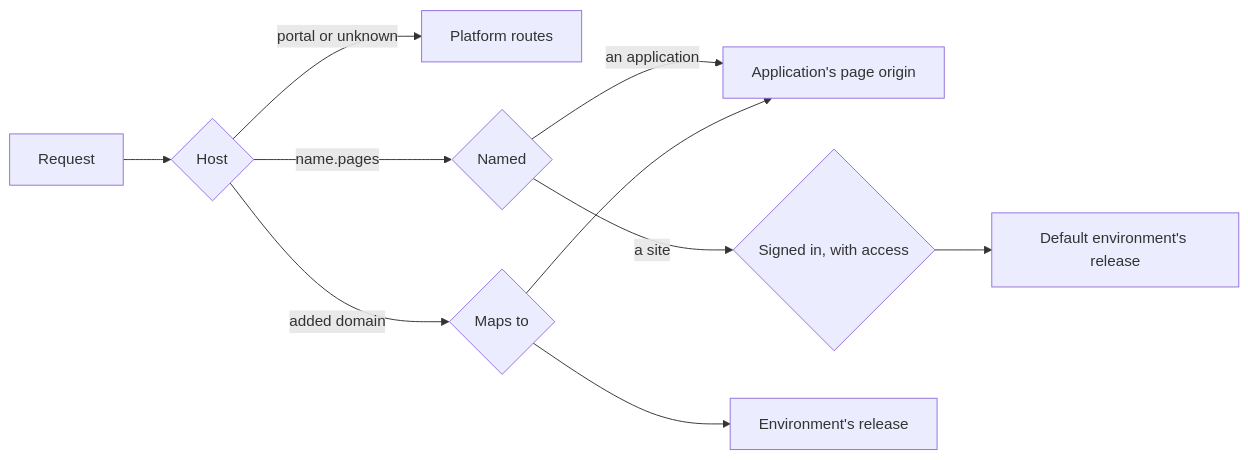
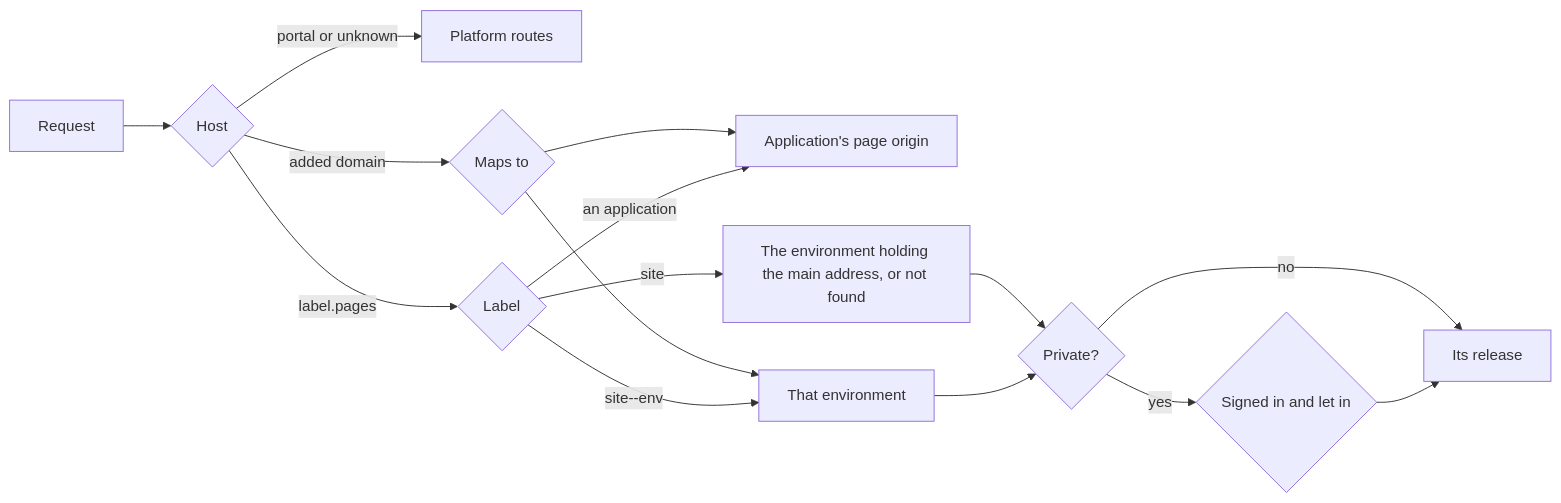
Before and after one commit to txn2/mcp-data-platform: the diagram in docs/server/sites.md, drawn with Mermaid. The commit also changed other lines of this file and 99 other files, not shown here.

First line of the commit message:
feat(sites): per-environment access, shares and addresses (#2604) (#2606)

````diff
--- a/docs/server/sites.md
+++ b/docs/server/sites.md
@@ -79,12 +123,17 @@
 ```mermaid
 flowchart LR
   R[Request] --> H{Host}
   H -- "portal or unknown" --> P[Platform routes]
-  H -- "name.pages" --> N{Named}
+  H -- "label.pages" --> N{Label}
   N -- "an application" --> A[Application's page origin]
-  N -- "a site" --> G{Signed in, with access}
-  G --> S[Default environment's release]
+  N -- "site--env" --> E[That environment]
+  N -- "site" --> M[The environment holding the main address, or not found]
   H -- "added domain" --> V{Maps to}
-  V --> E[Environment's release]
+  V --> E
   V --> A
+  E --> X{Private?}
+  M --> X
+  X -- "yes" --> G{Signed in and let in}
+  G --> F[Its release]
+  X -- "no" --> F
 ```
````
